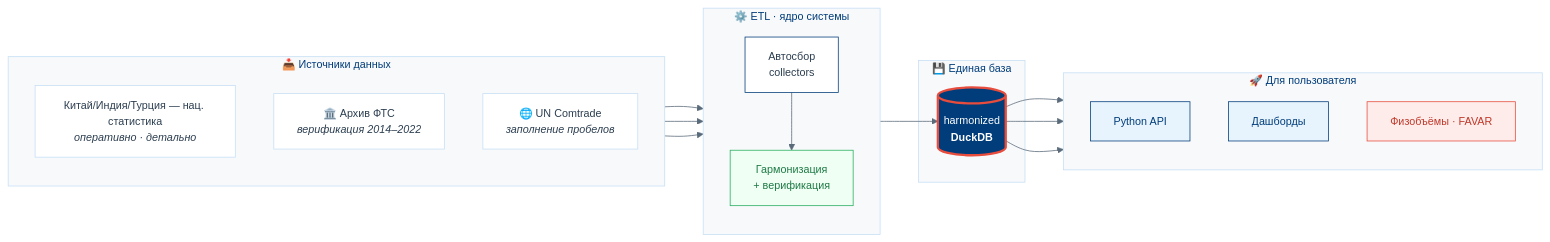
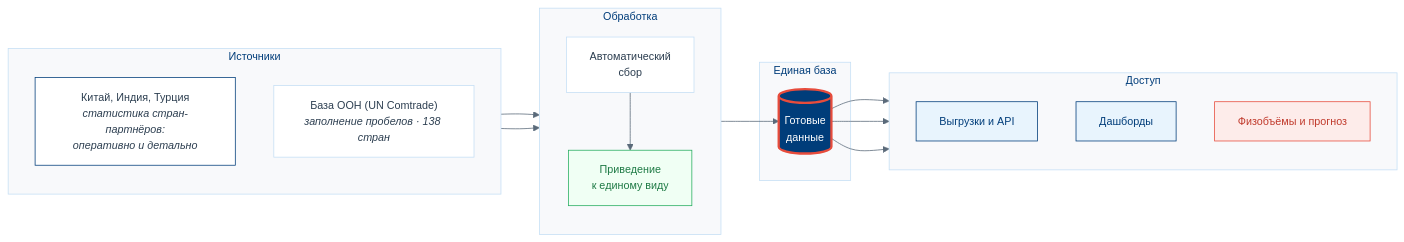
One commit to quantviews/mgimo-foreign-trade changed the diagram in site/index.qmd. Above: the diagram before and after it, drawn with Mermaid. The commit also changed other lines of this file and 5 other files, not shown here.

````diff
--- a/site/index.qmd
+++ b/site/index.qmd
@@ -113,68 +75,65 @@
 ```{mermaid}
 %%| fig-width: 11
-%%| fig-height: 5.5
+%%| fig-height: 5
 %%{init: {
   "theme": "base",
   "themeVariables": {
     "fontSize": "14px",
     "fontFamily": "Inter, Segoe UI, Arial, sans-serif",
     "primaryColor": "#ffffff",
     "primaryTextColor": "#2c3e50",
     "primaryBorderColor": "#c5dff5",
     "secondaryColor": "#e8f4fd",
     "secondaryTextColor": "#003d7a",
     "secondaryBorderColor": "#003d7a",
     "tertiaryColor": "#f0f5ff",
     "tertiaryTextColor": "#003d7a",
     "tertiaryBorderColor": "#c5dff5",
     "clusterBkg": "#f8f9fb",
     "clusterBorder": "#c5dff5",
     "lineColor": "#5a6a7a",
     "titleColor": "#003d7a"
   }
 }}%%
 flowchart LR
-    subgraph sources["📥 Источники данных"]
+    subgraph sources["Источники"]
         direction TB
-        A["Китай/Индия/Турция — нац. статистика<br/><i>оперативно · детально</i>"]
-        B["🏛️ Архив ФТС<br/><i>верификация 2014–2022</i>"]
-        C["🌐 UN Comtrade<br/><i>заполнение пробелов</i>"]
+        A["Китай, Индия, Турция<br/><i>статистика стран-партнёров:<br/>оперативно и детально</i>"]
+        C["База ООН (UN Comtrade)<br/><i>заполнение пробелов · 138 стран</i>"]
     end
 
-    subgraph etl["⚙️ ETL · ядро системы"]
+    subgraph etl["Обработка"]
         direction TB
-        D["Автосбор<br/>collectors"]
-        E["Гармонизация<br/>+ верификация"]
+        D["Автоматический<br/>сбор"]
+        E["Приведение<br/>к единому виду"]
     end
 
-    subgraph storage["💾 Единая база"]
-        F[("harmonized<br/><b>DuckDB</b>")]
+    subgraph storage["Единая база"]
+        F[("Готовые<br/>данные")]
     end
 
-    subgraph access["🚀 Для пользователя"]
+    subgraph access["Доступ"]
         direction TB
-        G["Python API"]
+        G["Выгрузки и API"]
         H["Дашборды"]
-        I["Физобъёмы · FAVAR"]
+        I["Физобъёмы и прогноз"]
     end
 
     A --> D
-    B --> D
     C --> D
     D --> E --> F
     F --> G & H & I
 
-    style A fill:#ffffff,color:#2c3e50,stroke:#c5dff5
-    style B fill:#ffffff,color:#2c3e50,stroke:#c5dff5
+    style A fill:#ffffff,color:#2c3e50,stroke:#003d7a
     style C fill:#ffffff,color:#2c3e50,stroke:#c5dff5
-    style D fill:#ffffff,color:#2c3e50,stroke:#003d7a
+    style D fill:#ffffff,color:#2c3e50,stroke:#c5dff5
     style F fill:#003d7a,color:#fff,stroke:#e74c3c,stroke-width:3px
     style G fill:#e8f4fd,color:#003d7a,stroke:#003d7a
     style H fill:#e8f4fd,color:#003d7a,stroke:#003d7a
     style I fill:#fdecea,color:#c0392b,stroke:#e74c3c
     style E fill:#f0fff4,color:#1e7a45,stroke:#27ae60
     style sources fill:#f8f9fb,stroke:#c5dff5,color:#003d7a
     style etl fill:#f8f9fb,stroke:#c5dff5,color:#003d7a
     style storage fill:#f8f9fb,stroke:#c5dff5,color:#003d7a
     style access fill:#f8f9fb,stroke:#c5dff5,color:#003d7a
 ```
````
